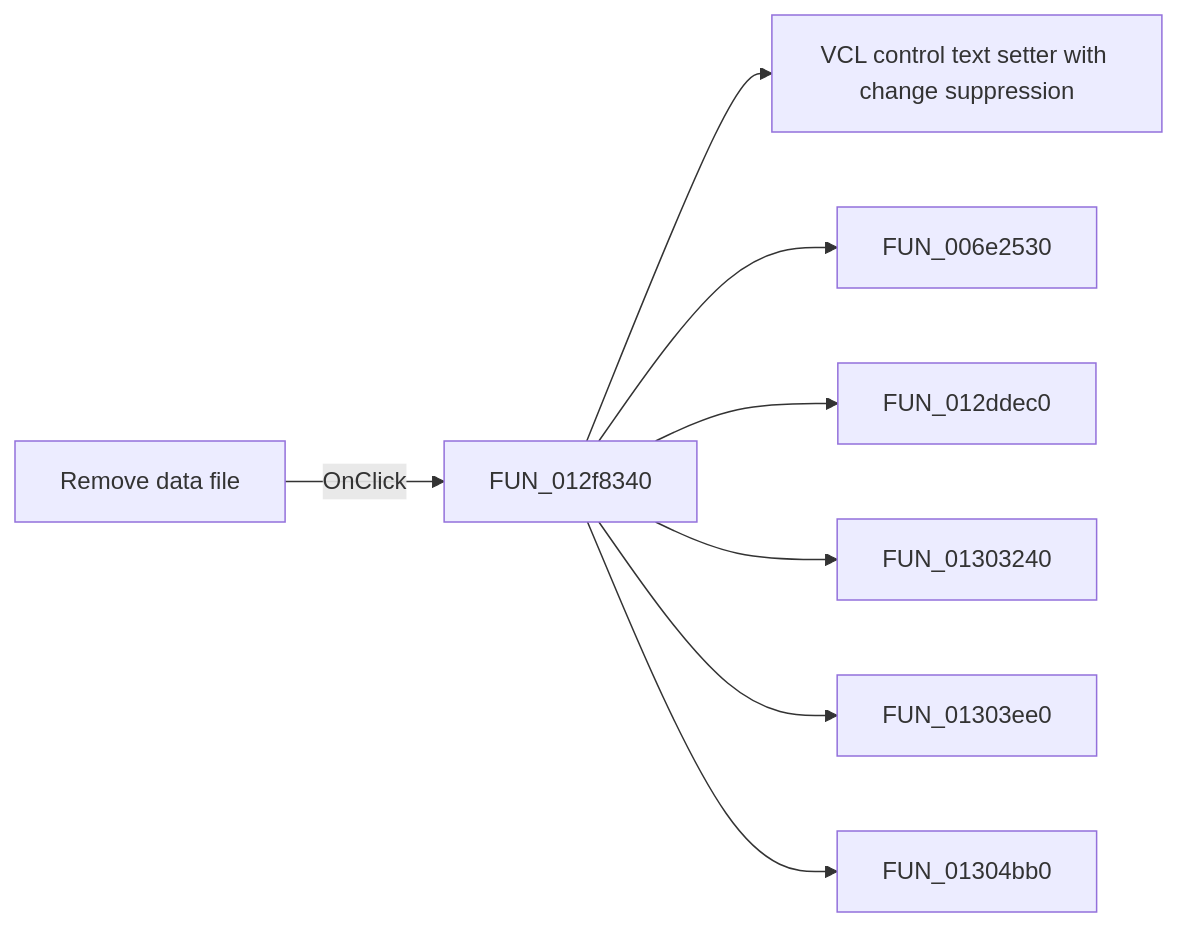
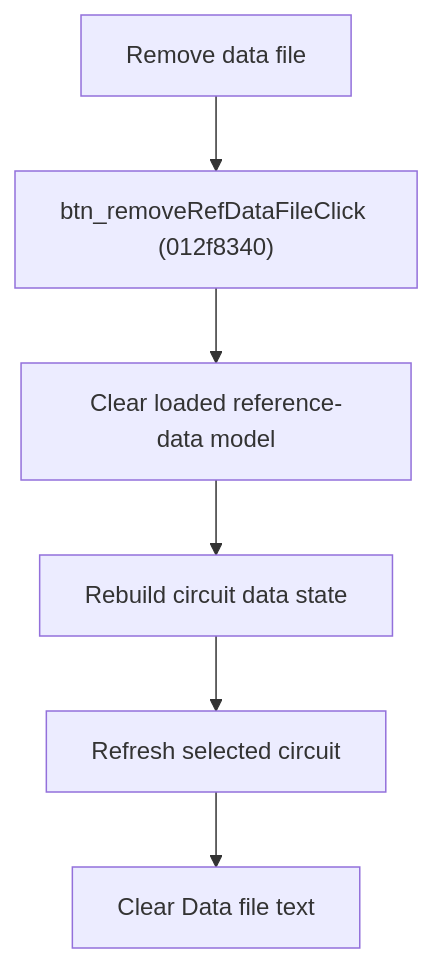
One commit to MovGP0/TIARA changed the diagram in docs/ui-controls/frmmodeltestbencheditor/btn-removerefdatafile-3a9180fb39.md. Above: the diagram before and after it, drawn with Mermaid. The commit also changed other lines of this file and 387 other files, not shown here.

````diff
--- a/docs/ui-controls/frmmodeltestbencheditor/btn-removerefdatafile-3a9180fb39.md
+++ b/docs/ui-controls/frmmodeltestbencheditor/btn-removerefdatafile-3a9180fb39.md
@@ -27,10 +29,8 @@
 ```mermaid
-flowchart LR
-    control["Remove data file"] -->|OnClick| handler["FUN_012f8340"]
-    handler --> call1["VCL control text setter with change suppression"]
-    handler --> call2["FUN_006e2530"]
-    handler --> call3["FUN_012ddec0"]
-    handler --> call4["FUN_01303240"]
-    handler --> call5["FUN_01303ee0"]
-    handler --> call6["FUN_01304bb0"]
+flowchart TD
+    control["Remove data file"] --> handler["btn_removeRefDataFileClick (012f8340)"]
+    handler --> clear["Clear loaded reference-data model"]
+    clear --> rebuild["Rebuild circuit data state"]
+    rebuild --> refresh["Refresh selected circuit"]
+    refresh --> text["Clear Data file text"]
 ```
````
